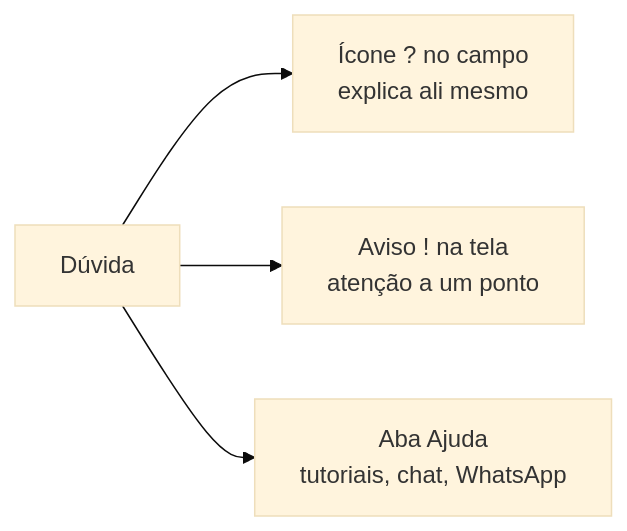
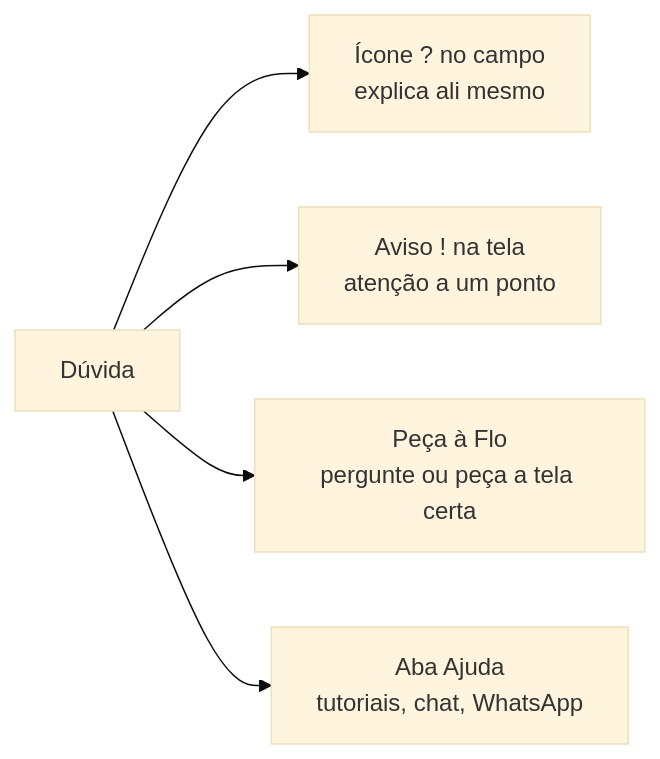
One commit to LocFlowTeam/locflow-docs changed the diagram in primeiros-passos/onde-tirar-duvidas.md. Above: the diagram before and after it, drawn with Mermaid (base theme). The commit also changed other lines of this file and 4 other files, not shown here.

````diff
--- a/primeiros-passos/onde-tirar-duvidas.md
+++ b/primeiros-passos/onde-tirar-duvidas.md
@@ -10,6 +10,7 @@
 ```mermaid
 flowchart LR
     D[Dúvida] --> Q["Ícone ? no campo<br/>explica ali mesmo"]
     D --> E["Aviso ! na tela<br/>atenção a um ponto"]
+    D --> F["Peça à Flo<br/>pergunte ou peça a tela certa"]
     D --> A["Aba Ajuda<br/>tutoriais, chat, WhatsApp"]
 ```
````
